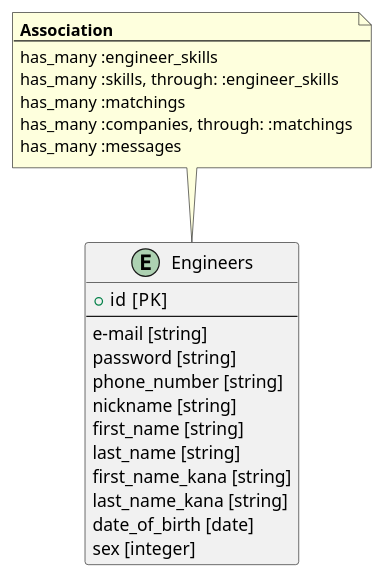
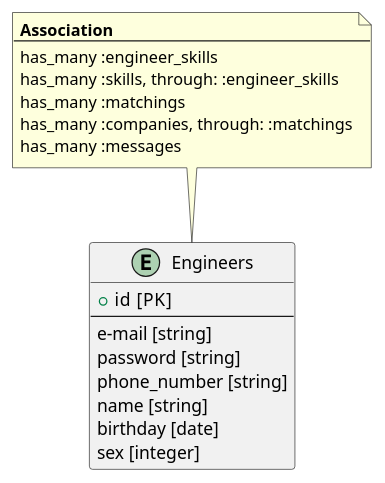
The diagram in plantuml/tables/engineer.pu (Error4577/skillmatch-03), drawn with PlantUML before and after one commit. The commit also changed 3 other files, not shown here.

```diff
--- a/plantuml/tables/engineer.pu
+++ b/plantuml/tables/engineer.pu
@@ -1,28 +1,24 @@
 @startuml engineer
 
 entity "Engineers" as engineer {
   +id  [PK]
   --
   e-mail [string]
   password [string]
   phone_number [string]
-  nickname [string]
-  first_name [string]
-  last_name [string]
-  first_name_kana [string]
-  last_name_kana [string]
-  date_of_birth [date]
+  name [string]
+  birthday [date]
   sex [integer]
 }
 
 note top
   **Association**
   --
   has_many :engineer_skills
   has_many :skills, through: :engineer_skills
   has_many :matchings
   has_many :companies, through: :matchings
   has_many :messages
 end note
 
 @enduml
```
